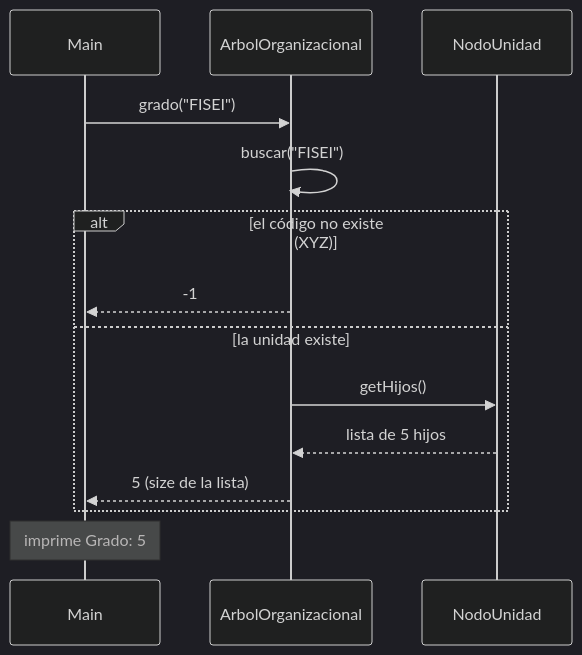
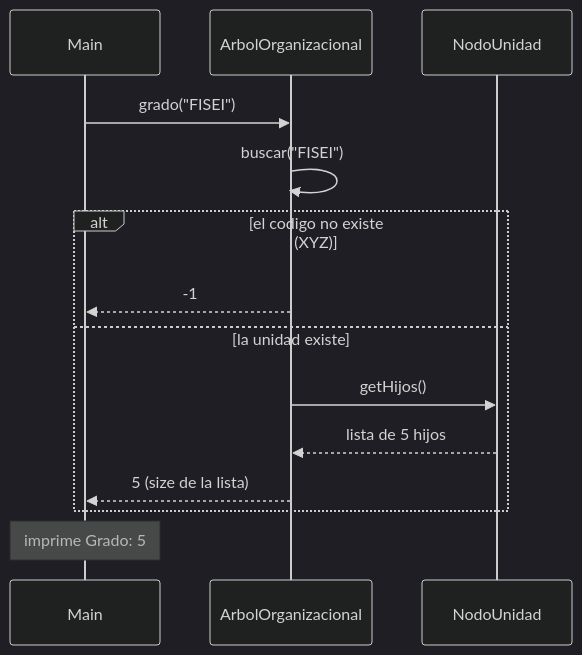
The first of 2 diagrams in docs/diagramas-secuencia/secuencia_grado_nivel.md (Damienq7w/APE3-Arboles-Integrado), drawn with Mermaid (dark theme) before and after one commit. The commit also changed other lines of this file and 1 other file, not shown here.

````diff
--- a/docs/diagramas-secuencia/secuencia_grado_nivel.md
+++ b/docs/diagramas-secuencia/secuencia_grado_nivel.md
@@ -15,17 +15,17 @@
 ```mermaid
 sequenceDiagram
     participant Main
     participant Org as ArbolOrganizacional
     participant Nodo as NodoUnidad
 
     Main->>Org: grado("FISEI")
     Org->>Org: buscar("FISEI")
-    alt el código no existe (XYZ)
+    alt el codigo no existe (XYZ)
         Org-->>Main: -1
     else la unidad existe
         Org->>Nodo: getHijos()
         Nodo-->>Org: lista de 5 hijos
         Org-->>Main: 5 (size de la lista)
     end
     Note over Main: imprime Grado: 5
 ```
````
